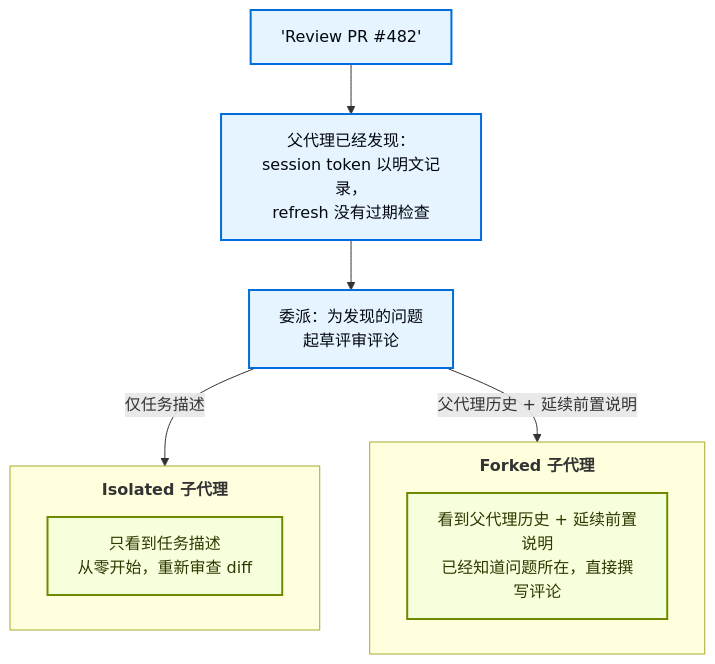
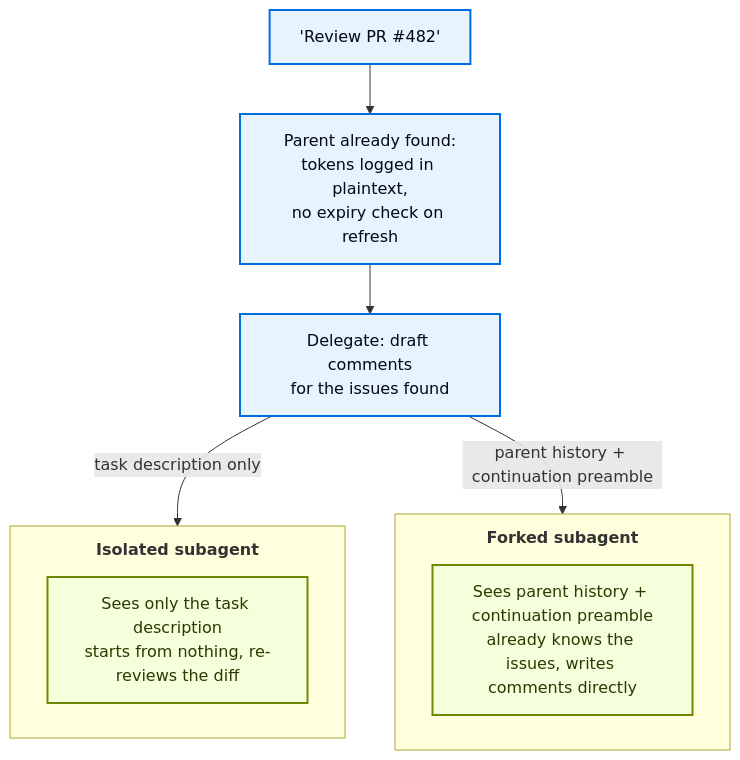
Before and after one commit to Ikki6666/docs: the second of 2 diagrams in translations/zh/src/oss/deepagents/subagents.mdx, drawn with Mermaid. The commit also changed other lines of this file and 2 other files, not shown here.

````diff
--- a/translations/zh/src/oss/deepagents/subagents.mdx
+++ b/translations/zh/src/oss/deepagents/subagents.mdx
@@ -207,24 +208,24 @@
 ```mermaid
 %%{init: {"flowchart": {"subGraphTitleMargin": {"top": 12, "bottom": 4}}}}%%
 graph TD
     Message["'Review PR #482'"]
-    Analysis["父代理已经发现：<br/>session token 以明文记录，<br/>refresh 没有过期检查"]
-    Delegate["委派：为发现的问题<br/>起草评审评论"]
+    Analysis["Parent already found:<br/>tokens logged in plaintext,<br/>no expiry check on refresh"]
+    Delegate["Delegate: draft comments<br/>for the issues found"]
     Message --> Analysis --> Delegate
 
-    subgraph Isolated["`**Isolated 子代理**`"]
-        IOut["只看到任务描述<br/>从零开始，重新审查 diff"]
+    subgraph Isolated["`**Isolated subagent**`"]
+        IOut["Sees only the task description<br/>starts from nothing, re-reviews the diff"]
     end
 
-    subgraph Forked["`**Forked 子代理**`"]
-        FOut["看到父代理历史 + 延续前置说明<br/>已经知道问题所在，直接撰写评论"]
+    subgraph Forked["`**Forked subagent**`"]
+        FOut["Sees parent history + continuation preamble<br/>already knows the issues, writes comments directly"]
     end
 
-    Delegate -->|仅任务描述| Isolated
-    Delegate -->|父代理历史 + 延续前置说明| Forked
+    Delegate -->|task description only| Isolated
+    Delegate -->|parent history + continuation preamble| Forked
 
     classDef process fill:#E5F4FF,stroke:#006DDD,stroke-width:2px,color:#030710
     classDef output fill:#F6FFDB,stroke:#6E8900,stroke-width:2px,color:#2E3900
     class Message,Analysis,Delegate process
     class IOut,FOut output
 ```
````
